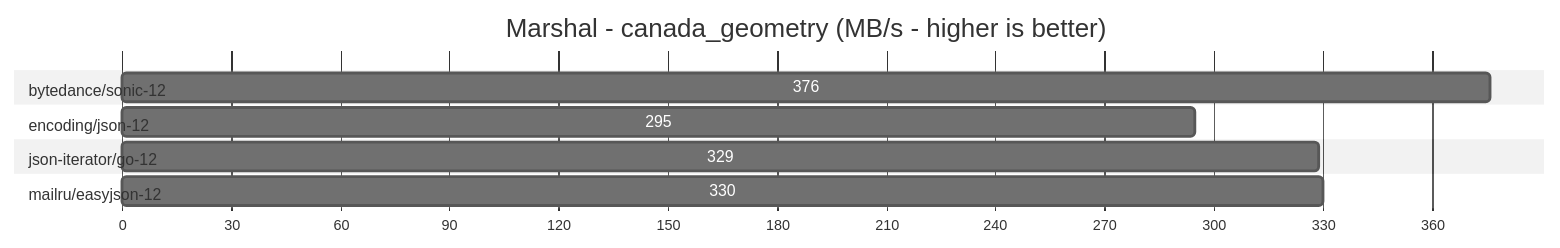
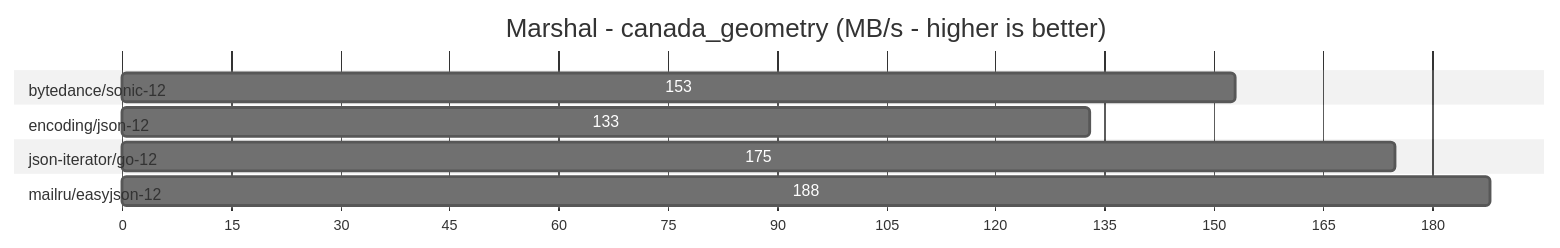
Before and after one commit to compashka/json-benchmarks: the first of 12 diagrams in README.md, drawn with Mermaid (neutral theme). The commit also changed other lines of this file and 23 other files, not shown here.

````diff
--- a/README.md
+++ b/README.md
@@ -11,15 +21,15 @@
 ```mermaid
 gantt
 title Marshal - canada_geometry (MB/s - higher is better)
 dateFormat X
 axisFormat %s
 
 section bytedance/sonic-12       
-376 :0, 376
+153:0,153
 section encoding/json-12         
-295 :0, 295
+133:0,133
 section json-iterator/go-12      
-329 :0, 329
+175:0,175
 section mailru/easyjson-12       
-330 :0, 330
+188:0,188
 ```
````
